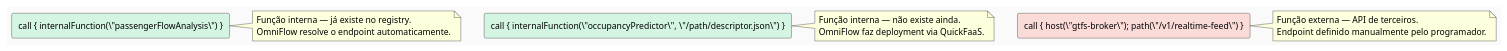
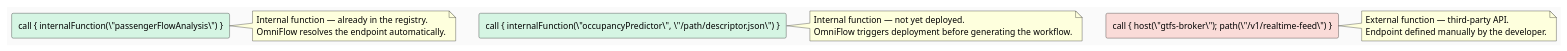
Before and after one commit to EngenheiroPedroCarvalho/ISEL-Thesis-2526: the fourth of 8 diagrams in omni-flow-main/Apresentacao-Orientador.md, drawn with PlantUML. The commit also changed other lines of this file, not shown here.

First line of the commit message:
Translate presentation to English and fix QuickFaaS AWS references

````diff
--- a/omni-flow-main/Apresentacao-Orientador.md
+++ b/omni-flow-main/Apresentacao-Orientador.md
@@ -153,16 +155,16 @@
 ```plantuml
 @startuml
 skinparam backgroundColor #FAFAFA
 skinparam defaultFontSize 13
 
 rectangle "call { internalFunction(\"passengerFlowAnalysis\") }" as A #D5F5E3
-note right of A : Função interna — já existe no registry.\nOmniFlow resolve o endpoint automaticamente.
+note right of A : Internal function — already in the registry.\nOmniFlow resolves the endpoint automatically.
 
 rectangle "call { internalFunction(\"occupancyPredictor\", \"/path/descriptor.json\") }" as B #D5F5E3
-note right of B : Função interna — não existe ainda.\nOmniFlow faz deployment via QuickFaaS.
+note right of B : Internal function — not yet deployed.\nOmniFlow triggers deployment before generating the workflow.
 
 rectangle "call { host(\"gtfs-broker\"); path(\"/v1/realtime-feed\") }" as C #FADBD8
-note right of C : Função externa — API de terceiros.\nEndpoint definido manualmente pelo programador.
+note right of C : External function — third-party API.\nEndpoint defined manually by the developer.
 
 @enduml
 ```
````
